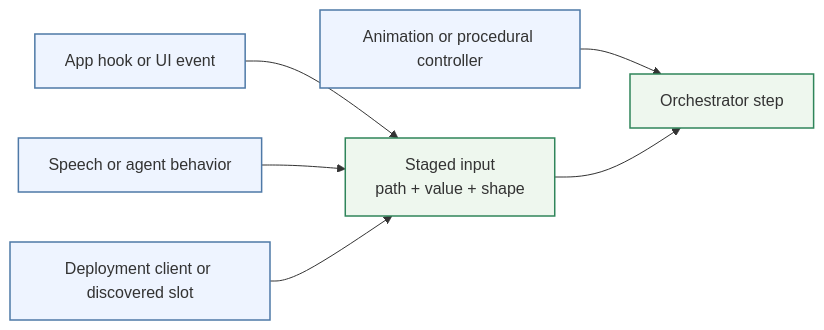
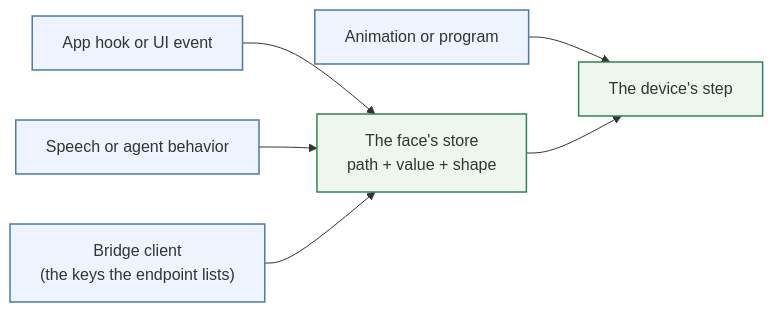
Before and after one commit to vizij-ai/vizij-docs: the first of 2 diagrams in current_documentation/guidebook/control/runtime-inputs-and-semantics.md, drawn with Mermaid. The commit also changed other lines of this file and 6 other files, not shown here.

````diff
--- a/current_documentation/guidebook/control/runtime-inputs-and-semantics.md
+++ b/current_documentation/guidebook/control/runtime-inputs-and-semantics.md
@@ -163,21 +157,21 @@
 ```mermaid
 flowchart LR
     classDef source fill:#eef4ff,stroke:#4e79a7,stroke-width:1.5px
     classDef runtime fill:#eef7ee,stroke:#2f855a,stroke-width:1.5px
 
     hook["App hook or UI event"]
     speech["Speech or agent behavior"]
-    operator["Deployment client or discovered slot"]
-    authored["Animation or procedural controller"]
-    staged["Staged input\npath + value + shape"]
-    orch["Orchestrator step"]
+    operator["Bridge client\n(the keys the endpoint lists)"]
+    authored["Animation or program"]
+    store["The face's store\npath + value + shape"]
+    step["The device's step"]
 
-    hook --> staged
-    speech --> staged
-    operator --> staged
-    authored --> orch
-    staged --> orch
+    hook --> store
+    speech --> store
+    operator --> store
+    authored --> step
+    store --> step
 
     class hook,speech,operator,authored source
-    class staged,orch runtime
+    class store,step runtime
 ```
````
